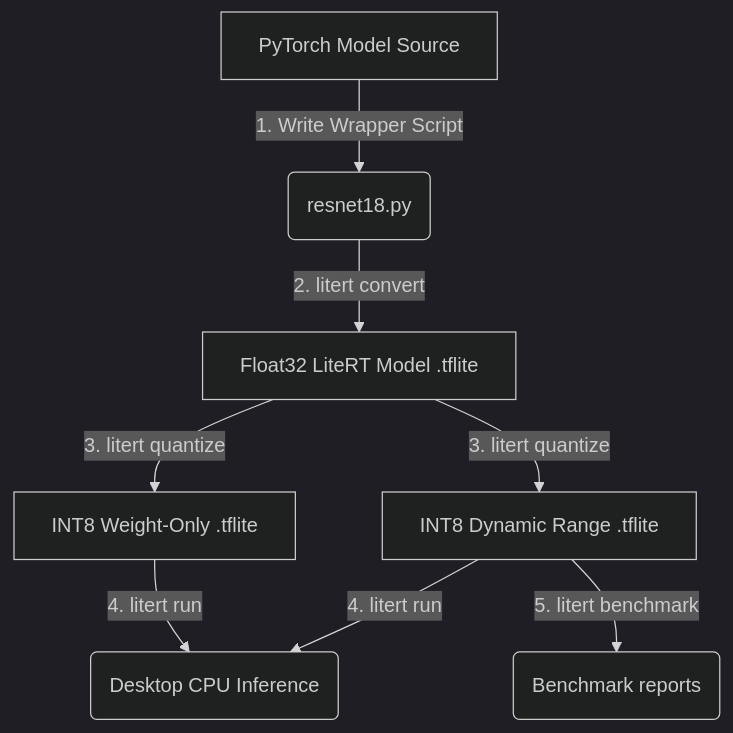
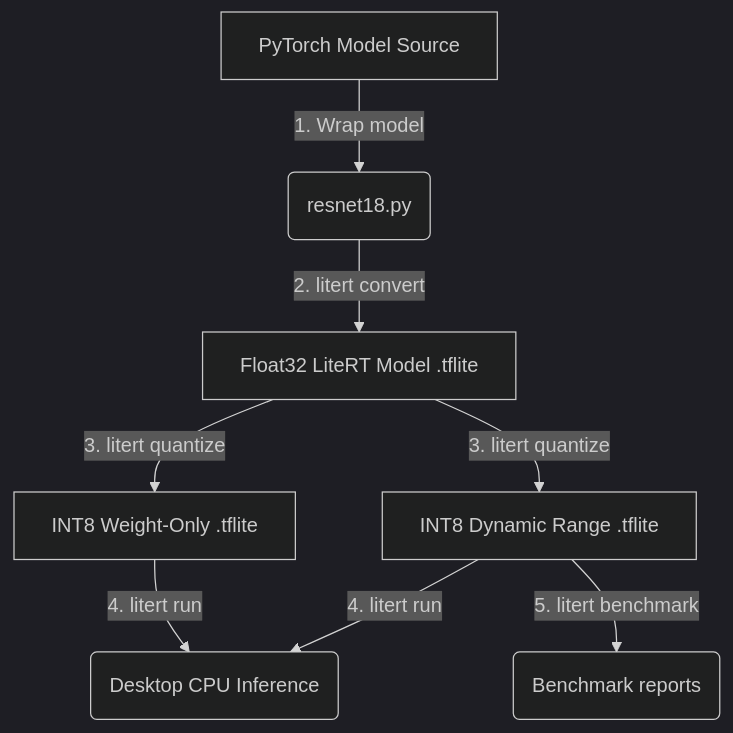
One commit to google-ai-edge/LiteRT-CLI changed the first of 3 diagrams in examples/codelabs/cli_101.md. Above: the diagram before and after it, drawn with Mermaid (dark theme). The commit also changed other lines of this file, not shown here.

````diff
--- a/examples/codelabs/cli_101.md
+++ b/examples/codelabs/cli_101.md
@@ -48,10 +56,10 @@
 ```mermaid
 graph TD
-    A[PyTorch Model Source] -->|1. Write Wrapper Script| B(resnet18.py)
+    A[PyTorch Model Source] -->|1. Wrap model| B(resnet18.py)
     B -->|2. litert convert| C[Float32 LiteRT Model .tflite]
     C -->|3. litert quantize| D[INT8 Dynamic Range .tflite]
     C -->|3. litert quantize| E[INT8 Weight-Only .tflite]
     D -->|4. litert run| F(Desktop CPU Inference)
     E -->|4. litert run| F
     D -->|5. litert benchmark| G(Benchmark reports)
 ```
````
